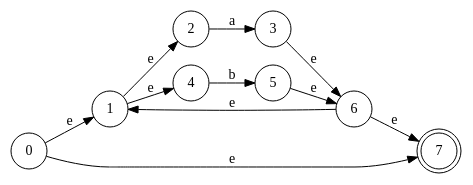
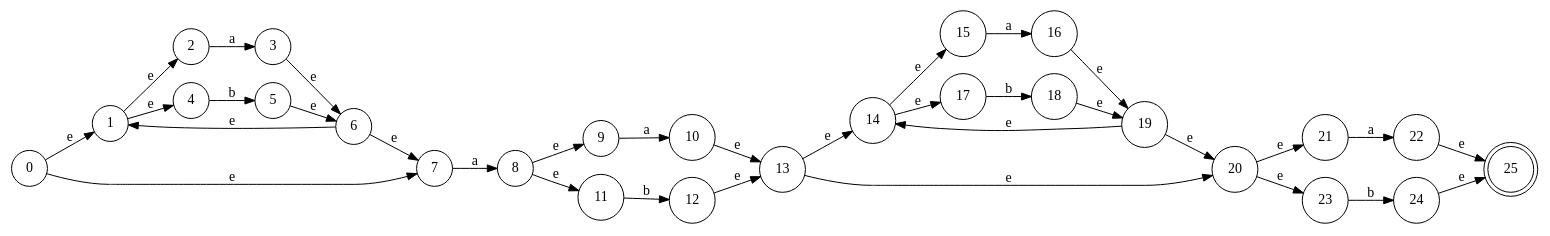
One commit to gusmendez99/pld-project-1 changed the diagram in renders/NFA.gv. Above: the diagram before and after it, drawn with Graphviz. The commit also changed 5 other files, not shown here.

```diff
--- a/renders/NFA.gv
+++ b/renders/NFA.gv
@@ -1,16 +1,46 @@
 strict digraph {
 	rankdir=LR
 	node [shape=circle]
 	0 -> 1 [label=e]
 	1 -> 2 [label=e]
 	2 -> 3 [label=a]
 	1 -> 4 [label=e]
 	4 -> 5 [label=b]
 	3 -> 6 [label=e]
 	5 -> 6 [label=e]
 	1 -> 2
 	6 -> 1 [label=e]
 	6 -> 7 [label=e]
 	0 -> 7 [label=e]
-	7 [shape=doublecircle]
+	0 -> 1
+	7 -> 8 [label=a]
+	0 -> 1
+	8 -> 9 [label=e]
+	9 -> 10 [label=a]
+	8 -> 11 [label=e]
+	11 -> 12 [label=b]
+	10 -> 13 [label=e]
+	12 -> 13 [label=e]
+	8 -> 9
+	0 -> 1
+	13 -> 14 [label=e]
+	14 -> 15 [label=e]
+	15 -> 16 [label=a]
+	14 -> 17 [label=e]
+	17 -> 18 [label=b]
+	16 -> 19 [label=e]
+	18 -> 19 [label=e]
+	14 -> 15
+	19 -> 14 [label=e]
+	19 -> 20 [label=e]
+	13 -> 20 [label=e]
+	20 -> 21 [label=e]
+	21 -> 22 [label=a]
+	20 -> 23 [label=e]
+	23 -> 24 [label=b]
+	22 -> 25 [label=e]
+	24 -> 25 [label=e]
+	20 -> 21
+	13 -> 14
+	25 [shape=doublecircle]
 }
```
